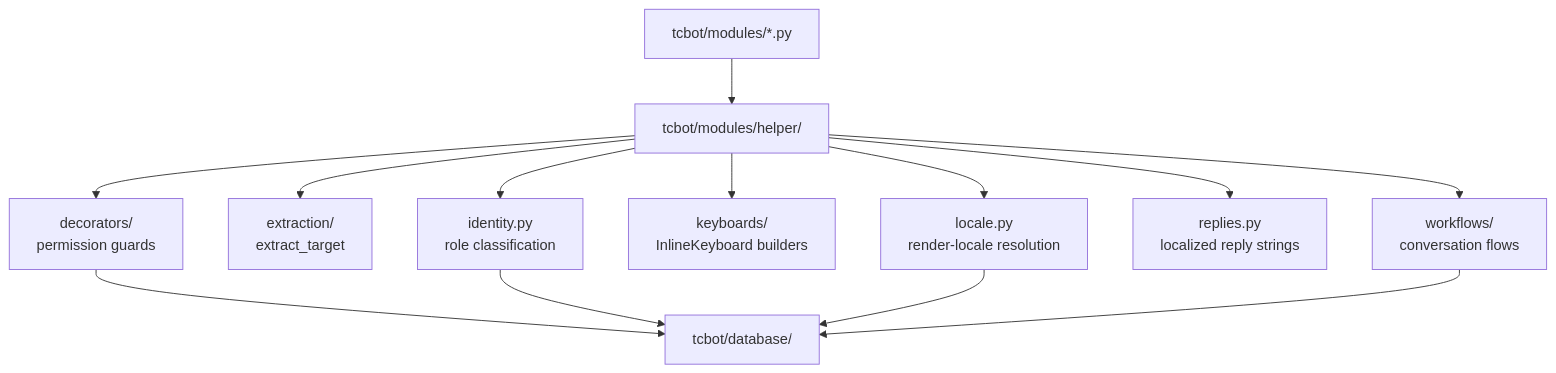
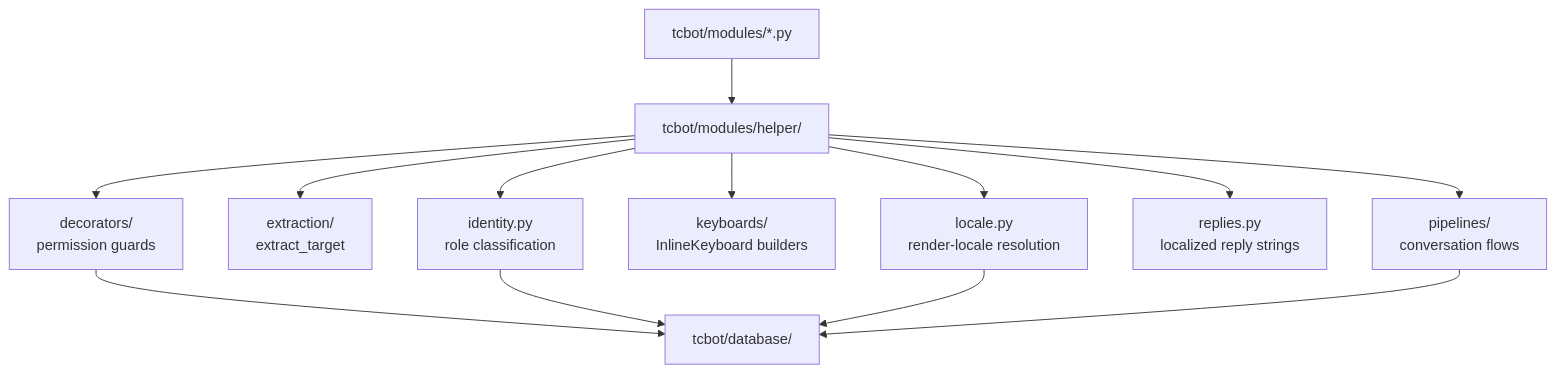
The diagram in docs/architecture/helpers.md (D1ZZY4/tcbot), drawn with Mermaid before and after one commit. The commit also changed other lines of this file and 196 other files, not shown here.

First line of the commit message:
refactor: consolidate core modules and migrate workflows to pipelines

````diff
--- a/docs/architecture/helpers.md
+++ b/docs/architecture/helpers.md
@@ -9,15 +9,15 @@
 ```mermaid
 flowchart TD
     Modules[tcbot/modules/*.py] --> Helper[tcbot/modules/helper/]
     Helper --> Decorators[decorators/<br/>permission guards]
     Helper --> Extraction[extraction/<br/>extract_target]
     Helper --> Identity[identity.py<br/>role classification]
     Helper --> Keyboards[keyboards/<br/>InlineKeyboard builders]
     Helper --> Locale[locale.py<br/>render-locale resolution]
     Helper --> Replies[replies.py<br/>localized reply strings]
-    Helper --> Workflows[workflows/<br/>conversation flows]
+    Helper --> Workflows[pipelines/<br/>conversation flows]
     Decorators --> DB[tcbot/database/]
     Identity --> DB
     Locale --> DB
     Workflows --> DB
 ```
````
